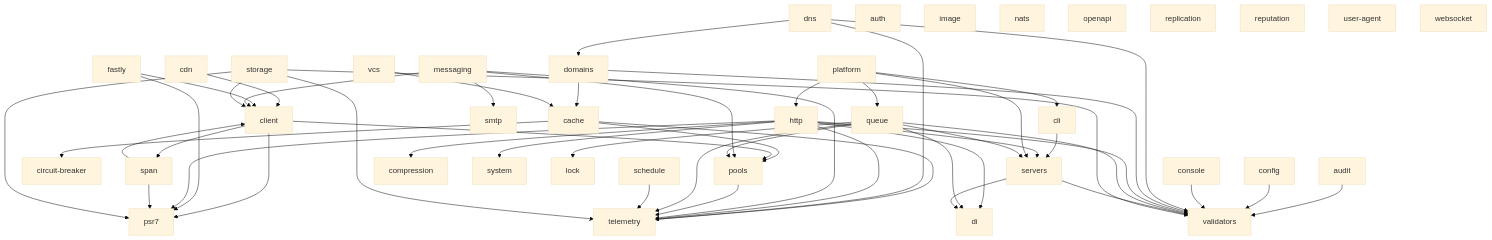
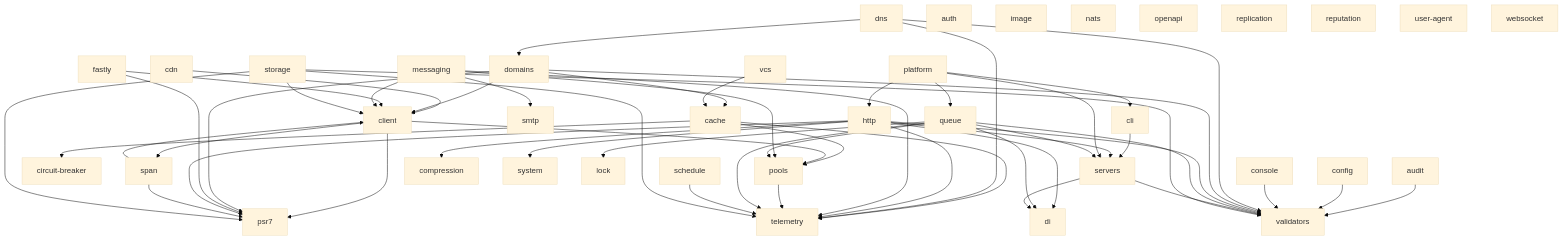
The diagram in README.md (utopia-php/monorepo), drawn with Mermaid (base theme) before and after one commit. The commit also changed 5 other files, not shown here.

Commit message:
feat(domains): migrate registrars to injectable PSR-18 clients

````diff
--- a/README.md
+++ b/README.md
@@ -50,61 +50,63 @@
 ```mermaid
 graph TD
     audit --> validators
     cache --> circuit-breaker
     cache --> pools
     cache --> telemetry
     cdn --> client
     cli --> servers
     client --> pools
     client --> psr7
     client --> span
     config --> validators
     console --> validators
     dns --> telemetry
     dns --> validators
     dns --> domains
+    domains --> client
+    domains --> psr7
     domains --> validators
     domains --> cache
     fastly --> client
     fastly --> psr7
     http --> di
     http --> servers
     http --> compression
     http --> psr7
     http --> telemetry
     http --> validators
     http --> system
     messaging --> client
     messaging --> pools
     messaging --> smtp
     messaging --> telemetry
     platform --> cli
     platform --> http
     platform --> queue
     platform --> servers
     pools --> telemetry
     queue --> di
     queue --> lock
     queue --> servers
     queue --> pools
     queue --> telemetry
     queue --> validators
     schedule --> telemetry
     servers --> di
     servers --> validators
     span --> client
     span --> psr7
     storage --> telemetry
     storage --> validators
     storage --> client
     storage --> psr7
     vcs --> cache
     auth
     image
     nats
     openapi
     replication
     reputation
     user-agent
     websocket
 ```
````
